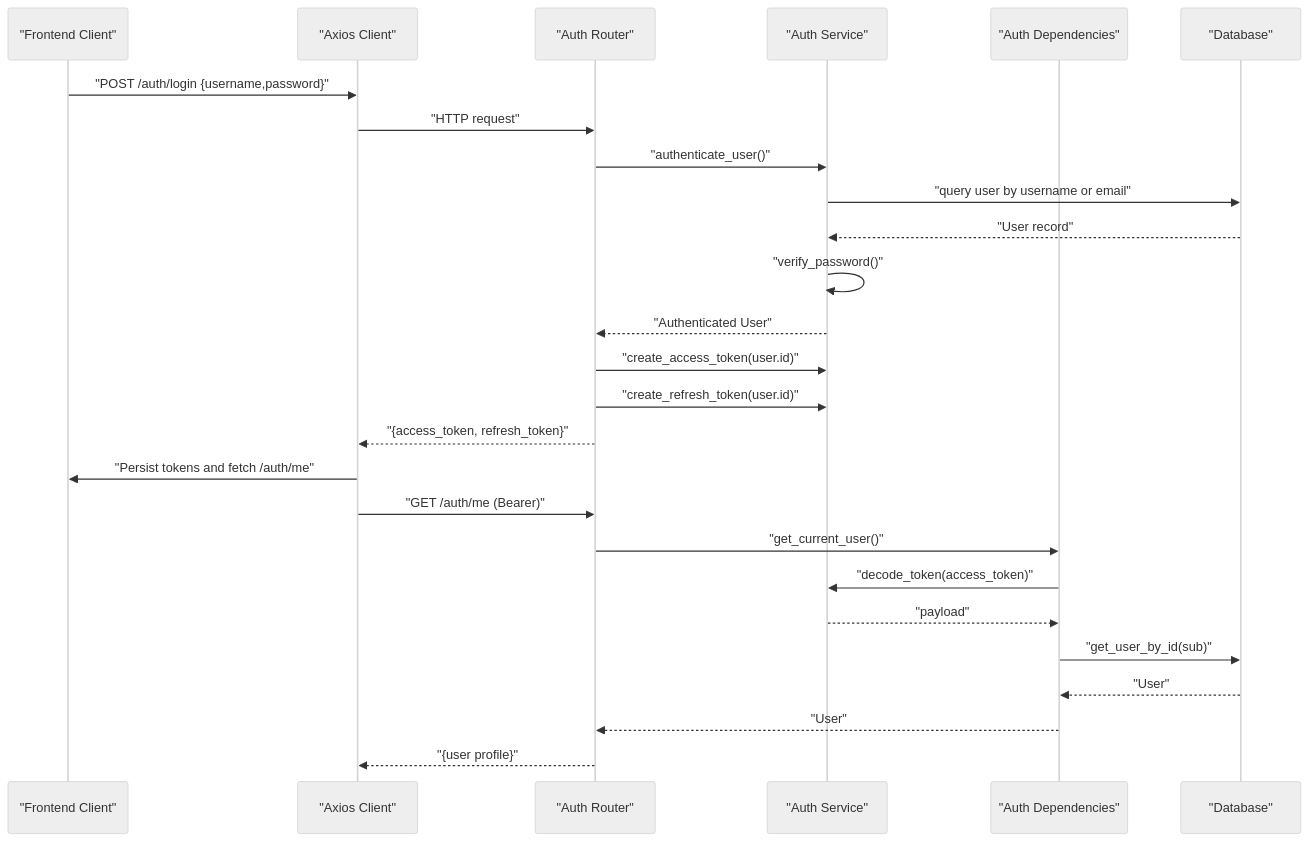
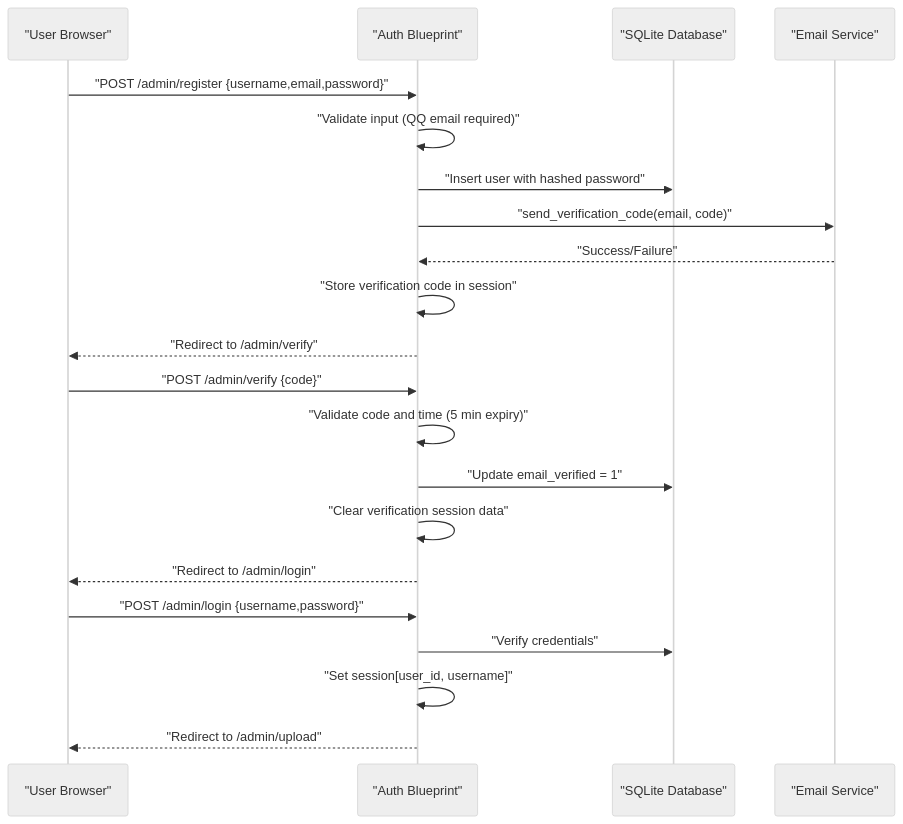
Before and after one commit to PolarisW007/PolaZhenJing: the second of 3 diagrams in .qoder/repowiki/en/content/Backend Application/Authentication System.md, drawn with Mermaid (neutral theme). The commit also changed other lines of this file and 153 other files, not shown here.

````diff
--- a/.qoder/repowiki/en/content/Backend Application/Authentication System.md
+++ b/.qoder/repowiki/en/content/Backend Application/Authentication System.md
@@ -129,28 +101,23 @@
 ```mermaid
 sequenceDiagram
-participant FE as "Frontend Client"
-participant AX as "Axios Client"
-participant BE as "Auth Router"
-participant SVC as "Auth Service"
-participant DEP as "Auth Dependencies"
-participant DB as "Database"
-FE->>AX : "POST /auth/login {username,password}"
-AX->>BE : "HTTP request"
-BE->>SVC : "authenticate_user()"
-SVC->>DB : "query user by username or email"
-DB-->>SVC : "User record"
-SVC->>SVC : "verify_password()"
-SVC-->>BE : "Authenticated User"
-BE->>SVC : "create_access_token(user.id)"
-BE->>SVC : "create_refresh_token(user.id)"
-BE-->>AX : "{access_token, refresh_token}"
-AX->>FE : "Persist tokens and fetch /auth/me"
-AX->>BE : "GET /auth/me (Bearer)"
-BE->>DEP : "get_current_user()"
-DEP->>SVC : "decode_token(access_token)"
-SVC-->>DEP : "payload"
-DEP->>DB : "get_user_by_id(sub)"
-DB-->>DEP : "User"
-DEP-->>BE : "User"
-BE-->>AX : "{user profile}"
+participant User as "User Browser"
+participant Auth as "Auth Blueprint"
+participant DB as "SQLite Database"
+participant Mailer as "Email Service"
+User->>Auth : "POST /admin/register {username,email,password}"
+Auth->>Auth : "Validate input (QQ email required)"
+Auth->>DB : "Insert user with hashed password"
+Auth->>Mailer : "send_verification_code(email, code)"
+Mailer-->>Auth : "Success/Failure"
+Auth->>Auth : "Store verification code in session"
+Auth-->>User : "Redirect to /admin/verify"
+User->>Auth : "POST /admin/verify {code}"
+Auth->>Auth : "Validate code and time (5 min expiry)"
+Auth->>DB : "Update email_verified = 1"
+Auth->>Auth : "Clear verification session data"
+Auth-->>User : "Redirect to /admin/login"
+User->>Auth : "POST /admin/login {username,password}"
+Auth->>DB : "Verify credentials"
+Auth->>Auth : "Set session[user_id, username]"
+Auth-->>User : "Redirect to /admin/upload"
 ```
````
